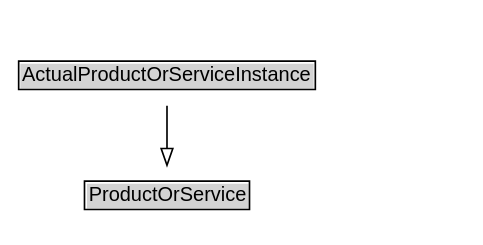
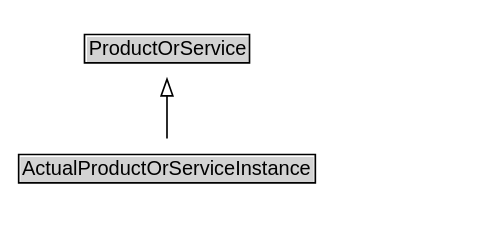
The diagram in docs/diagrams/ActualProductOrServiceInstance.dot (k-vaughn/ontology-import-gr), drawn with Graphviz before and after one commit. The commit also changed 265 other files, not shown here.

```diff
--- a/docs/diagrams/ActualProductOrServiceInstance.dot
+++ b/docs/diagrams/ActualProductOrServiceInstance.dot
@@ -1,16 +1,19 @@
 // Diagram for ActualProductOrServiceInstance
 digraph {
 	graph [overlap=false rankdir=TB splines=true]
 	node [fontname=Arial fontsize=12 margin=0 shape=none]
 	edge [fontname=Arial fontsize=11]
+	{
+		rank=source
+		ProductOrService [label=<<TABLE BORDER="1" CELLBORDER="0" CELLSPACING="0" CELLPADDING="1"><TR><TD BGCOLOR="lightgray" ALIGN="CENTER">ProductOrService</TD></TR></TABLE>> URL="../ProductOrService" margin=0]
+	}
 	ActualProductOrServiceInstance [label=<<TABLE BORDER="1" CELLBORDER="0" CELLSPACING="0" CELLPADDING="1"><TR><TD BGCOLOR="lightgray" ALIGN="CENTER">ActualProductOrServiceInstance</TD></TR></TABLE>> URL="../ActualProductOrServiceInstance" margin=0]
 	{
 		rank=max
 	}
 	subgraph cluster_associated {
 		label="" style=invis
 		Invis [label=<<TABLE BORDER="0" CELLBORDER="0" CELLSPACING="0" CELLPADDING="1"><TR><TD></TD></TR></TABLE>> margin=0 style=invis]
 	}
-	ProductOrService [label=<<TABLE BORDER="1" CELLBORDER="0" CELLSPACING="0" CELLPADDING="1"><TR><TD BGCOLOR="lightgray" ALIGN="CENTER">ProductOrService</TD></TR></TABLE>> URL="../ProductOrService" margin=0]
 	ActualProductOrServiceInstance -> ProductOrService [arrowhead=onormal style=solid]
 }
```
